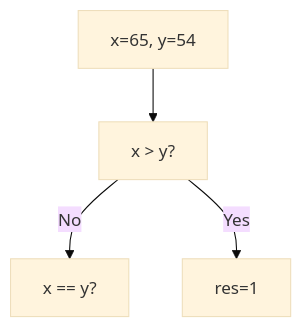
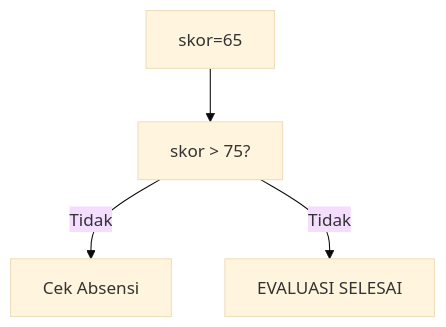
Before and after one commit to amnahwaida/OSNK_INF_PREP: diagram 14 of 25 in part-c-pemahaman-cpp/02-percabangan/latihan/set-12.md, drawn with Mermaid (base theme). The commit also changed other lines of this file and 71 other files, not shown here.

````diff
--- a/part-c-pemahaman-cpp/02-percabangan/latihan/set-12.md
+++ b/part-c-pemahaman-cpp/02-percabangan/latihan/set-12.md
@@ -395,6 +406,6 @@
 ```mermaid
 graph TD
-A["x=65, y=54"] --> B["x > y?"]
-B -- No --> C["x == y?"]
-B -- Yes --> D[res=1]
+A["skor=65"] --> B["skor > 75?"]
+B -- Tidak --> C["Cek Absensi"]
+B -- Tidak --> D["EVALUASI SELESAI"]
 ```
````
